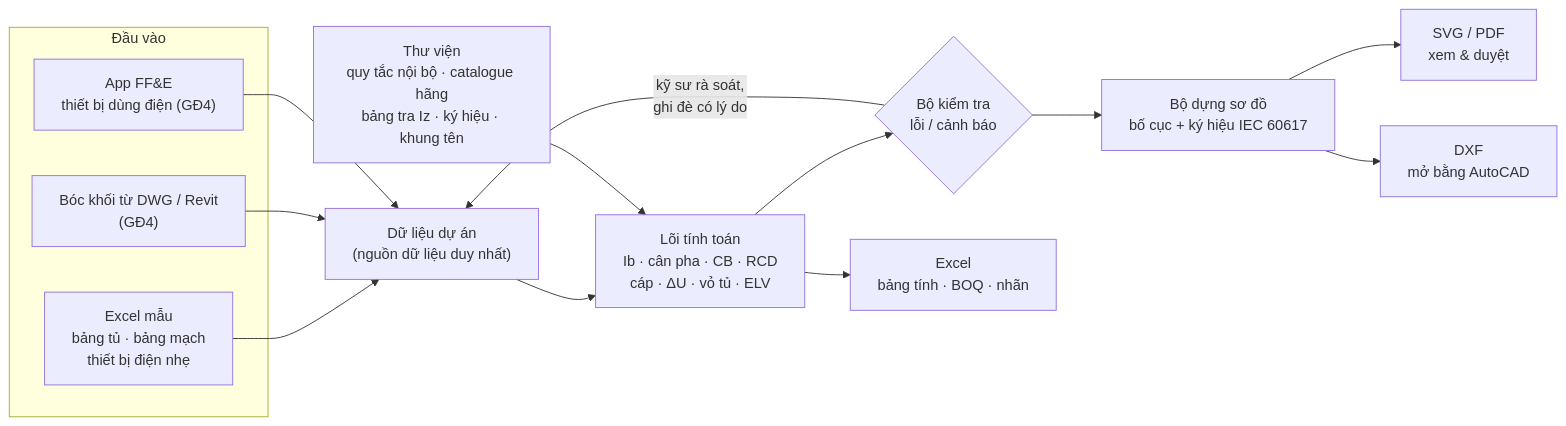
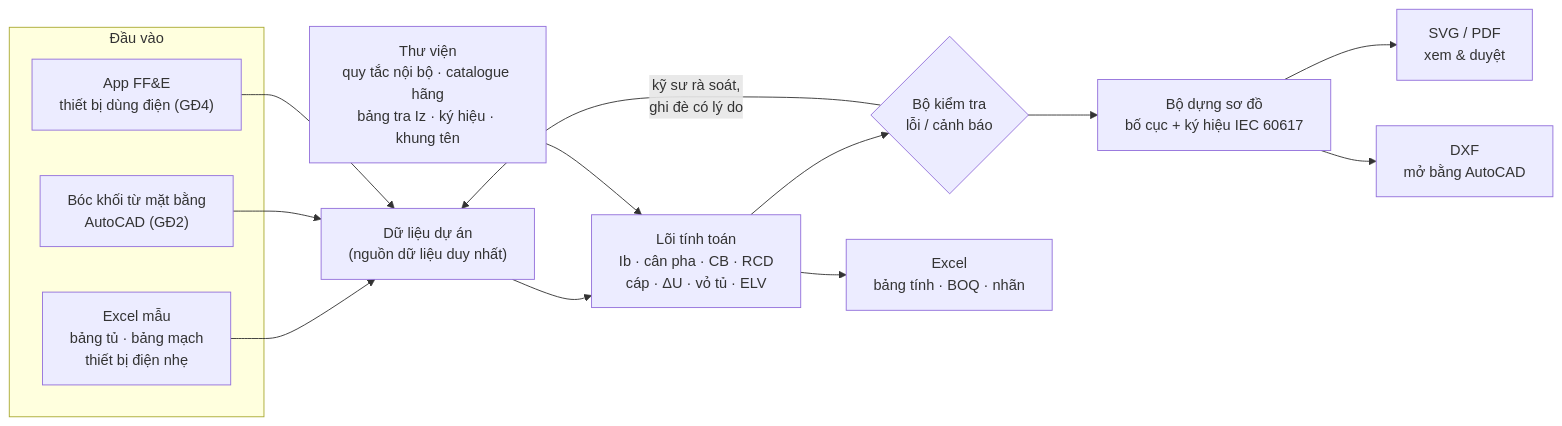
The diagram in docs/phuong-an-so-do-nguyen-ly-tu-dien-dien-nhe.md (namhoangids/Spec-FFE), drawn with Mermaid before and after one commit. The commit also changed other lines of this file and 11 other files, not shown here.

````diff
--- a/docs/phuong-an-so-do-nguyen-ly-tu-dien-dien-nhe.md
+++ b/docs/phuong-an-so-do-nguyen-ly-tu-dien-dien-nhe.md
@@ -56,19 +60,19 @@
 ```mermaid
 flowchart LR
   subgraph IN["Đầu vào"]
     X1["Excel mẫu<br/>bảng tủ · bảng mạch<br/>thiết bị điện nhẹ"]
-    X2["Bóc khối từ DWG / Revit<br/>(GĐ4)"]
+    X2["Bóc khối từ mặt bằng<br/>AutoCAD (GĐ2)"]
     X3["App FF&E<br/>thiết bị dùng điện (GĐ4)"]
   end
   X1 --> D
   X2 --> D
   X3 --> D
   D["Dữ liệu dự án<br/>(nguồn dữ liệu duy nhất)"] --> E
   L["Thư viện<br/>quy tắc nội bộ · catalogue hãng<br/>bảng tra Iz · ký hiệu · khung tên"] --> E
   E["Lõi tính toán<br/>Ib · cân pha · CB · RCD<br/>cáp · ΔU · vỏ tủ · ELV"] --> K{"Bộ kiểm tra<br/>lỗi / cảnh báo"}
   K -- "kỹ sư rà soát,<br/>ghi đè có lý do" --> D
   K --> R["Bộ dựng sơ đồ<br/>bố cục + ký hiệu IEC 60617"]
   R --> O1["SVG / PDF<br/>xem & duyệt"]
   R --> O2["DXF<br/>mở bằng AutoCAD"]
   E --> O3["Excel<br/>bảng tính · BOQ · nhãn"]
 ```
````
